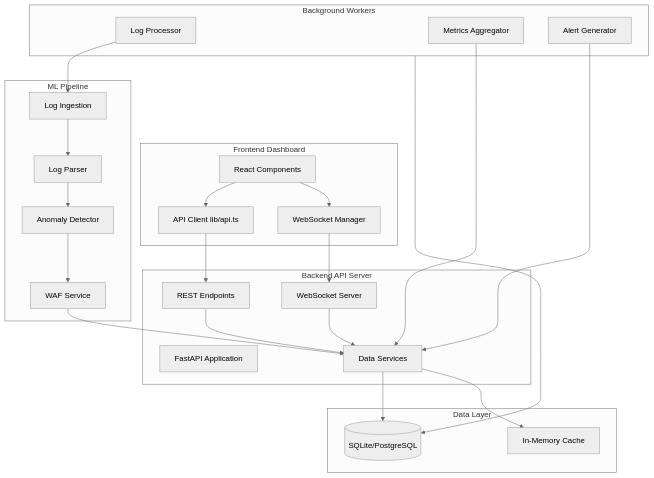
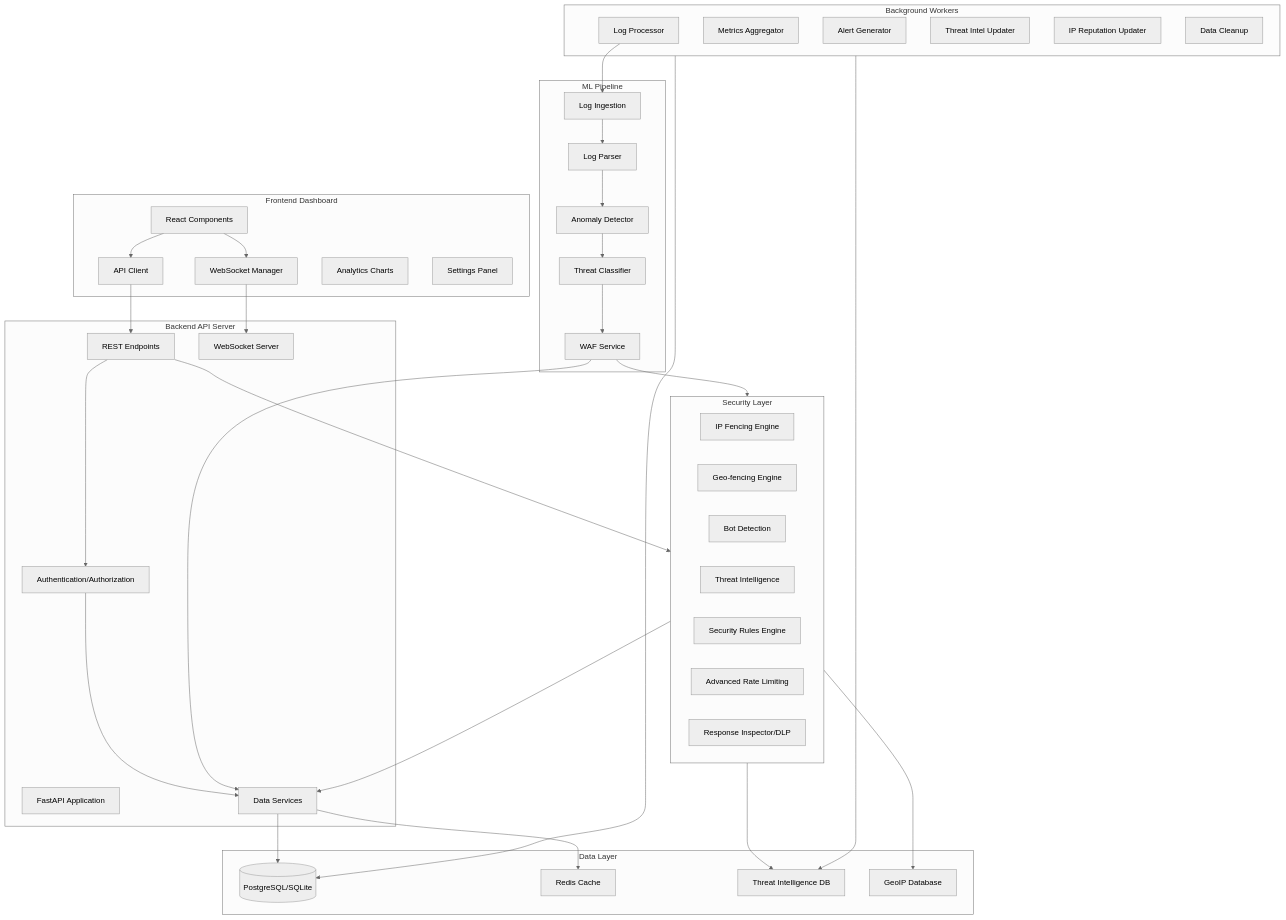
Before and after one commit to HarshdeepAthawale/Transformer-based-end-to-end-Web-Application-Firewall-WAF-pipeline: the diagram in .cursor/plans/complete_backend-frontend_integration_98966699.plan.md, drawn with Mermaid (neutral theme). The commit also changed other lines of this file and 79 other files, not shown here.

````diff
--- a/.cursor/plans/complete_backend-frontend_integration_98966699.plan.md
+++ b/.cursor/plans/complete_backend-frontend_integration_98966699.plan.md
@@ -72,50 +107,74 @@
 ```mermaid
 flowchart TB
     subgraph Frontend["Frontend Dashboard"]
         UI[React Components]
-        API[API Client lib/api.ts]
+        API[API Client]
         WS[WebSocket Manager]
+        Charts[Analytics Charts]
+        Settings[Settings Panel]
     end
     
     subgraph Backend["Backend API Server"]
         FastAPI[FastAPI Application]
         REST[REST Endpoints]
         WS_Server[WebSocket Server]
+        Auth[Authentication/Authorization]
         Services[Data Services]
     end
     
+    subgraph Security["Security Layer"]
+        IPFence[IP Fencing Engine]
+        GeoFence[Geo-fencing Engine]
+        BotDetect[Bot Detection]
+        ThreatIntel[Threat Intelligence]
+        RulesEngine[Security Rules Engine]
+        RateLimit[Advanced Rate Limiting]
+        ResponseInsp[Response Inspector/DLP]
+    end
+    
     subgraph Data["Data Layer"]
-        DB[(SQLite/PostgreSQL)]
-        Cache[In-Memory Cache]
+        DB[(PostgreSQL/SQLite)]
+        Cache[Redis Cache]
+        ThreatDB[Threat Intelligence DB]
+        GeoIPDB[GeoIP Database]
     end
     
     subgraph ML["ML Pipeline"]
         Ingestion[Log Ingestion]
         Parser[Log Parser]
         Model[Anomaly Detector]
         WAF[WAF Service]
+        Classifier[Threat Classifier]
     end
     
     subgraph Workers["Background Workers"]
         LogWorker[Log Processor]
         MetricsWorker[Metrics Aggregator]
         AlertWorker[Alert Generator]
+        ThreatWorker[Threat Intel Updater]
+        IPWorker[IP Reputation Updater]
+        CleanupWorker[Data Cleanup]
     end
     
     UI --> API
     UI --> WS
     API --> REST
     WS --> WS_Server
-    REST --> Services
-    WS_Server --> Services
+    REST --> Auth
+    Auth --> Services
+    REST --> Security
     Services --> DB
     Services --> Cache
+    Security --> ThreatDB
+    Security --> GeoIPDB
     LogWorker --> Ingestion
     Ingestion --> Parser
     Parser --> Model
-    Model --> WAF
+    Model --> Classifier
+    Classifier --> WAF
+    WAF --> Security
     WAF --> Services
-    MetricsWorker --> Services
-    AlertWorker --> Services
+    Security --> Services
     Workers --> DB
+    Workers --> ThreatDB
 ```
````
